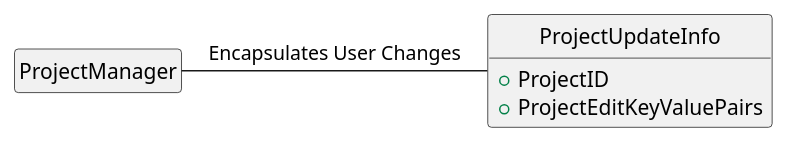
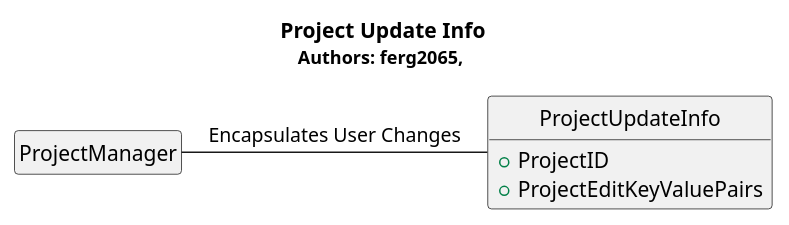
The diagram in hw3/Server/server_projectupdateinfo.pu (voxelv/sQuire_kw), drawn with PlantUML before and after one commit. The commit also changed 19 other files, not shown here.

```diff
--- a/hw3/Server/server_projectupdateinfo.pu
+++ b/hw3/Server/server_projectupdateinfo.pu
@@ -1,15 +1,16 @@
 @startuml
 hide circle
 hide empty members
 
+Title <b>Project Update Info</b>\n<size:12>Authors: ferg2065, </size>
+
 class "ProjectManager" as sqpm
-
 class "ProjectUpdateInfo" as sqpui{
 	+ProjectID
 	+ProjectEditKeyValuePairs
 	}
 
 sqpm - sqpui : Encapsulates User Changes
 
 
 @enduml
```
